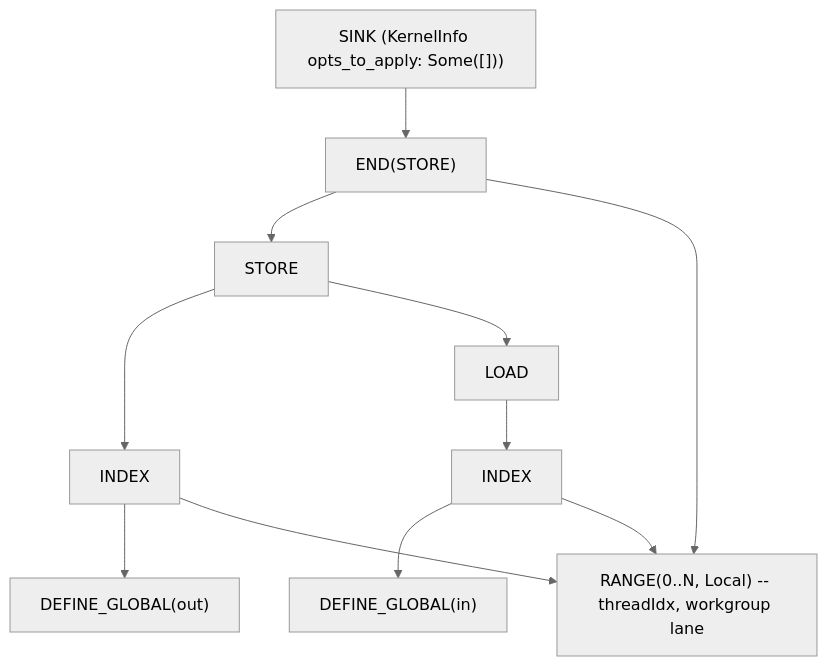
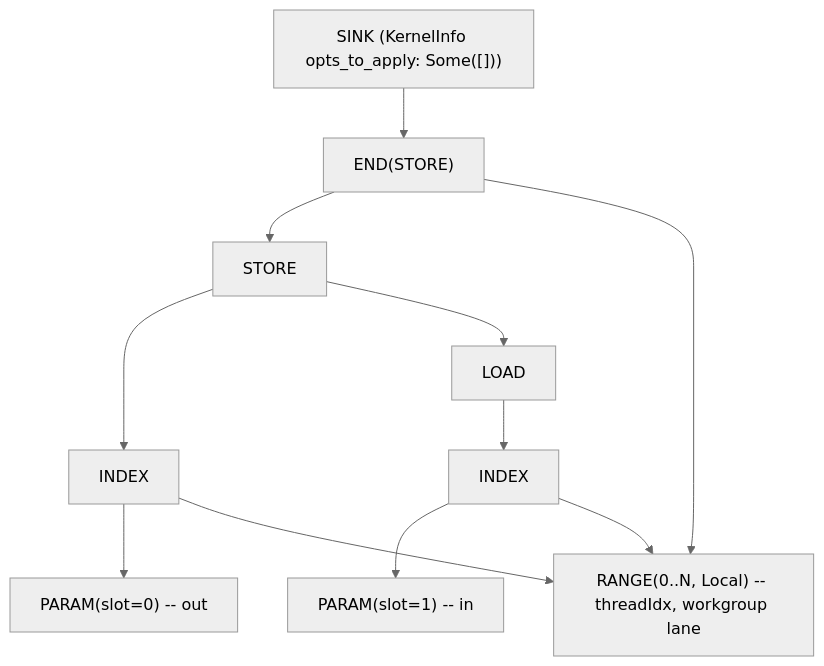
Before and after one commit to npatsakula/morok: the third of 3 diagrams in website/docs/tile-kernels/lowering.md, drawn with Mermaid (neutral theme). The commit also changed other lines of this file and 39 other files, not shown here.

````diff
--- a/website/docs/tile-kernels/lowering.md
+++ b/website/docs/tile-kernels/lowering.md
@@ -190,13 +194,13 @@
 ```mermaid
 flowchart TD
   SINK["SINK (KernelInfo opts_to_apply: Some([]))"] --> END["END(STORE)"]
   END --> STORE["STORE"]
   END --> RANGE["RANGE(0..N, Local) -- threadIdx, workgroup lane"]
   STORE --> IDX_OUT["INDEX"]
   STORE --> LOAD["LOAD"]
-  IDX_OUT --> DG_OUT["DEFINE_GLOBAL(out)"]
+  IDX_OUT --> P_OUT["PARAM(slot=0) -- out"]
   IDX_OUT --> RANGE
   LOAD --> IDX_IN["INDEX"]
-  IDX_IN --> DG_IN["DEFINE_GLOBAL(in)"]
+  IDX_IN --> P_IN["PARAM(slot=1) -- in"]
   IDX_IN --> RANGE
 ```
````
